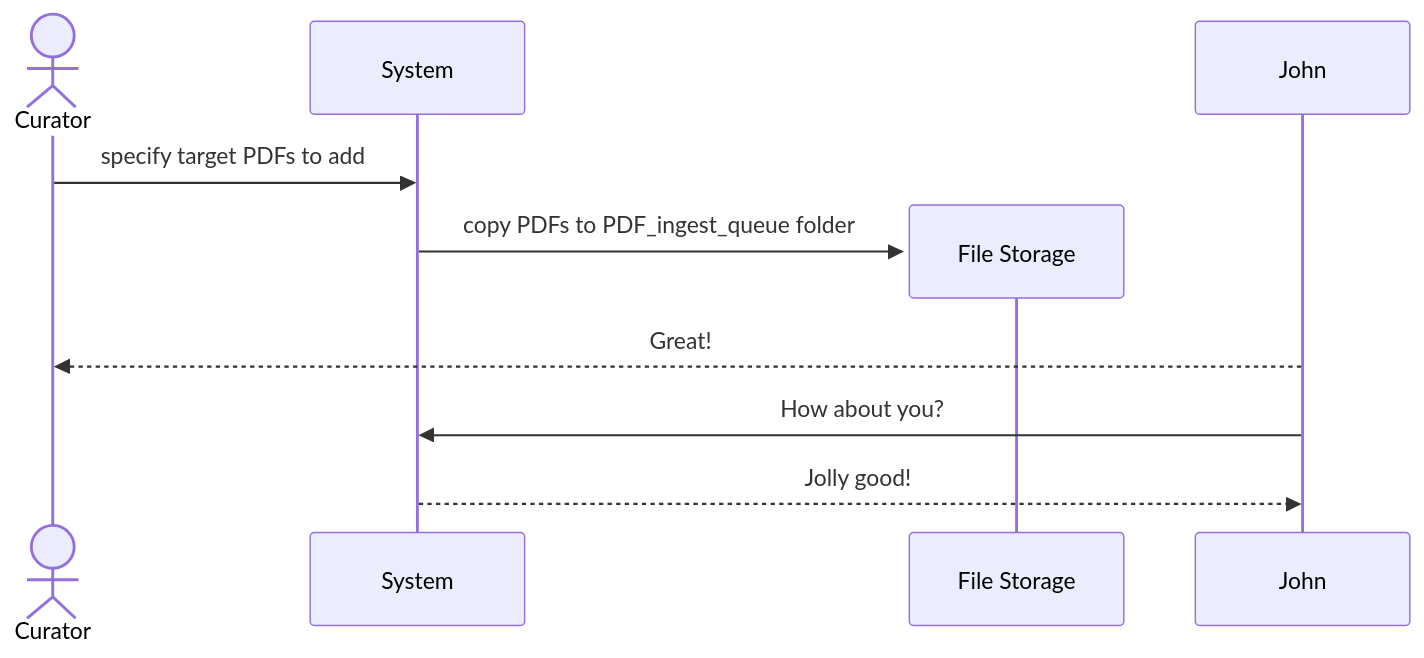
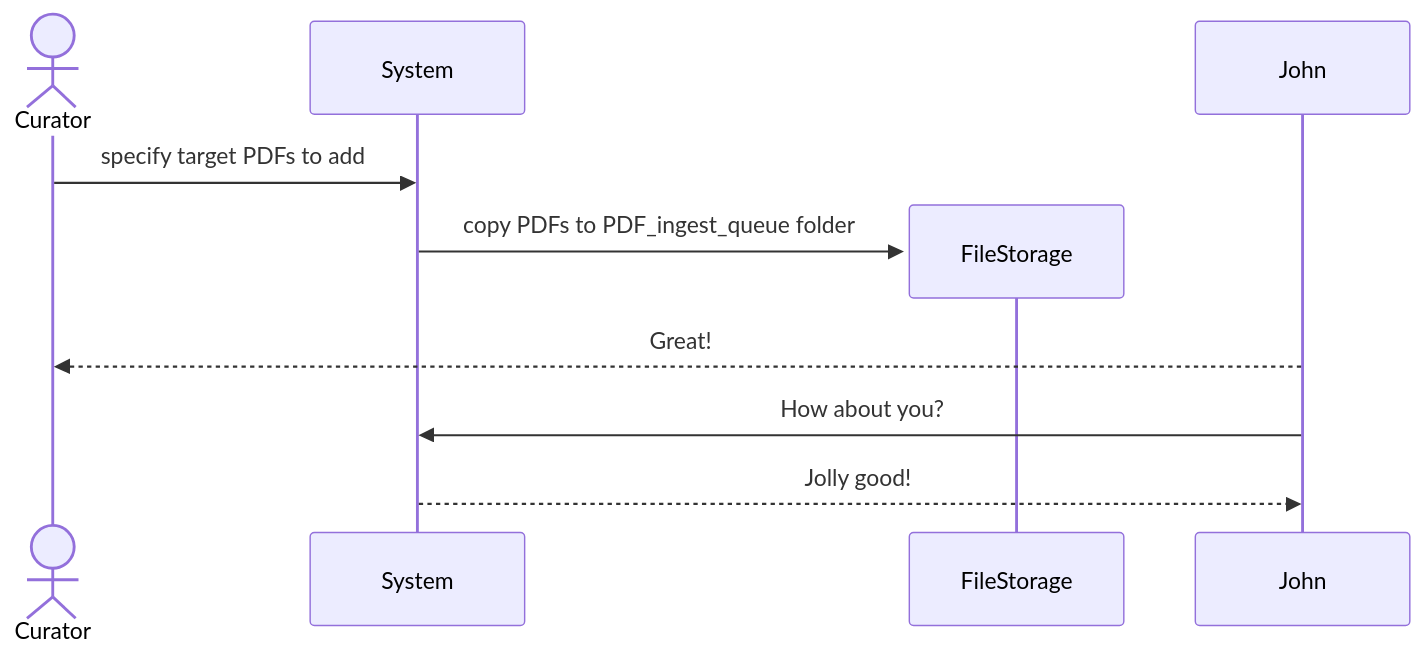
Before and after one commit to drew-wks/ASK: the diagram in docs/library_admin_processes.md, drawn with Mermaid.

````diff
--- a/docs/library_admin_processes.md
+++ b/docs/library_admin_processes.md
@@ -5,11 +5,11 @@
 ```mermaid
 sequenceDiagram
     actor Curator
     participant System
     Curator->>System: specify target PDFs to add
-    Create participant File Storage
-    System->>File Storage: copy PDFs to PDF_ingest_queue folder
+    Create participant FileStorage
+    System->>FileStorage: copy PDFs to PDF_ingest_queue folder
     John-->>Curator: Great!
     John->>System: How about you?
     System-->>John: Jolly good!
 ```
````
